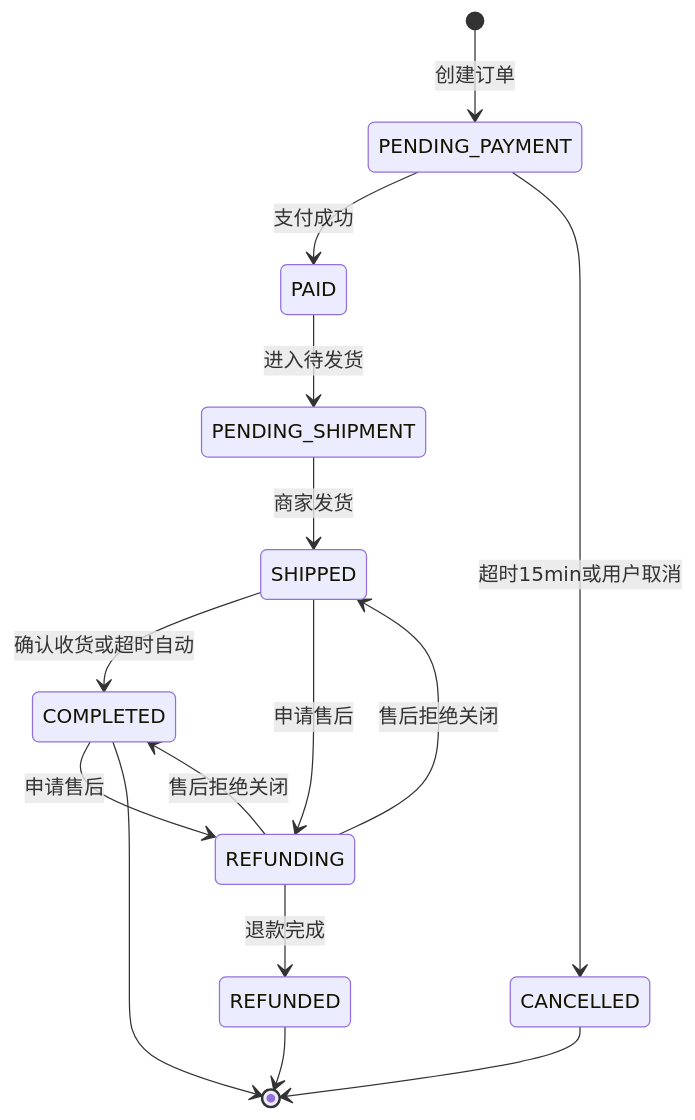
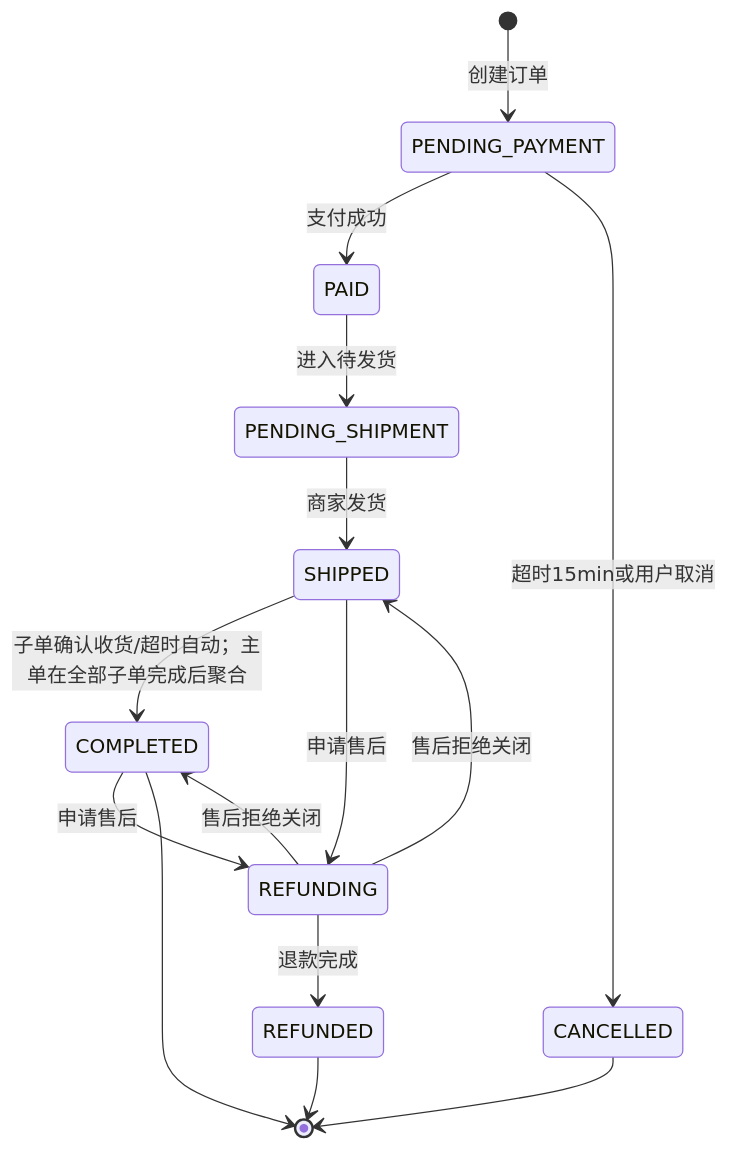
One commit to HMirror123456/ecommerce-platform changed the second of 4 diagrams in docs/domain/DOMAIN_MODEL.md. Above: the diagram before and after it, drawn with Mermaid. The commit also changed other lines of this file and 8 other files, not shown here.

````diff
--- a/docs/domain/DOMAIN_MODEL.md
+++ b/docs/domain/DOMAIN_MODEL.md
@@ -126,17 +126,17 @@
 ```mermaid
 stateDiagram-v2
     [*] --> PENDING_PAYMENT: 创建订单
     PENDING_PAYMENT --> PAID: 支付成功
     PENDING_PAYMENT --> CANCELLED: 超时15min或用户取消
     PAID --> PENDING_SHIPMENT: 进入待发货
     PENDING_SHIPMENT --> SHIPPED: 商家发货
-    SHIPPED --> COMPLETED: 确认收货或超时自动
+    SHIPPED --> COMPLETED: 子单确认收货/超时自动；主单在全部子单完成后聚合
     SHIPPED --> REFUNDING: 申请售后
     COMPLETED --> REFUNDING: 申请售后
     REFUNDING --> REFUNDED: 退款完成
     REFUNDING --> SHIPPED: 售后拒绝关闭
     REFUNDING --> COMPLETED: 售后拒绝关闭
     CANCELLED --> [*]
     COMPLETED --> [*]
     REFUNDED --> [*]
 ```
````
